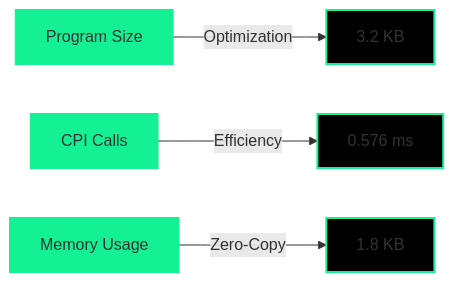
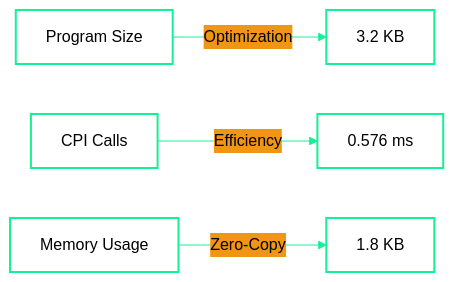
Before and after one commit to sagarregmi2056/sagarregmi2056: the first of 3 diagrams in README.md, drawn with Mermaid. The commit also changed other lines of this file, not shown here.

````diff
--- a/README.md
+++ b/README.md
@@ -107,12 +107,13 @@
 ```mermaid
+%%{init: {'theme': 'base', 'themeVariables': { 'fontFamily': 'monospace', 'primaryColor': '#14F195', 'primaryTextColor': '#000000', 'lineColor': '#14F195', 'fontSize': '16px'}}}%%
 graph LR
     A[Program Size] -->|Optimization| B[3.2 KB]
     C[CPI Calls] -->|Efficiency| D[0.576 ms]
     E[Memory Usage] -->|Zero-Copy| F[1.8 KB]
-    style A fill:#14F195,stroke:#14F195,stroke-width:2px
-    style B fill:#000000,stroke:#14F195,stroke-width:2px
-    style C fill:#14F195,stroke:#14F195,stroke-width:2px
-    style D fill:#000000,stroke:#14F195,stroke-width:2px
-    style E fill:#14F195,stroke:#14F195,stroke-width:2px
-    style F fill:#000000,stroke:#14F195,stroke-width:2px
+    style A fill:#FFFFFF,stroke:#14F195,stroke-width:2px,color:#000000
+    style B fill:#FFFFFF,stroke:#14F195,stroke-width:2px,color:#000000
+    style C fill:#FFFFFF,stroke:#14F195,stroke-width:2px,color:#000000
+    style D fill:#FFFFFF,stroke:#14F195,stroke-width:2px,color:#000000
+    style E fill:#FFFFFF,stroke:#14F195,stroke-width:2px,color:#000000
+    style F fill:#FFFFFF,stroke:#14F195,stroke-width:2px,color:#000000
 ```
````
